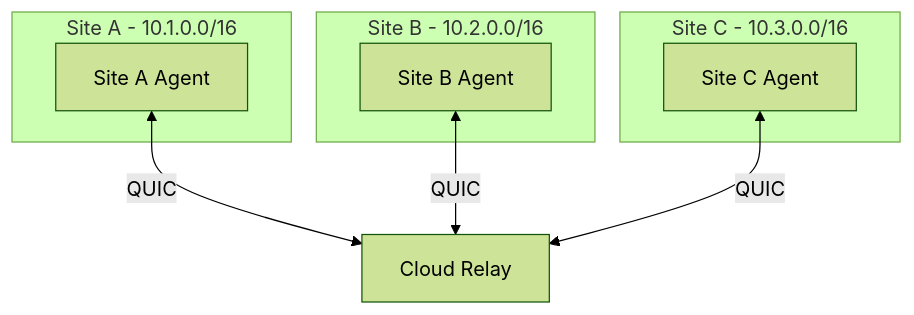
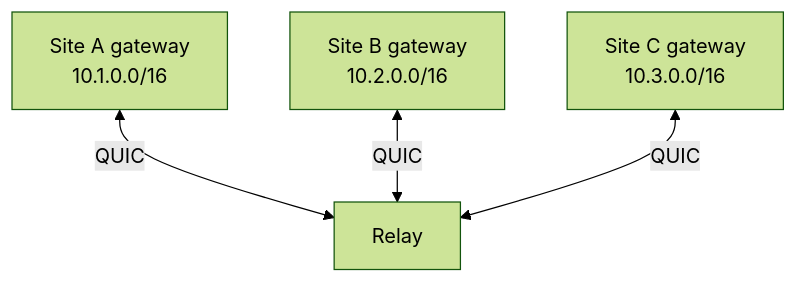
The second of 4 diagrams in docs/docs/deployment/scenarios.md (Muti-Metroo/Muti-Metroo), drawn with Mermaid (forest theme) before and after one commit. The commit also changed other lines of this file and 156 other files, not shown here.

````diff
--- a/docs/docs/deployment/scenarios.md
+++ b/docs/docs/deployment/scenarios.md
@@ -128,20 +119,6 @@
 ```mermaid
 flowchart TB
-    subgraph SiteA[Site A - 10.1.0.0/16]
-        A[Site A Agent]
-    end
-
-    subgraph SiteB[Site B - 10.2.0.0/16]
-        B[Site B Agent]
-    end
-
-    subgraph SiteC[Site C - 10.3.0.0/16]
-        C[Site C Agent]
-    end
-
-    Cloud[Cloud Relay]
-
-    A <-->|QUIC| Cloud
-    B <-->|QUIC| Cloud
-    C <-->|QUIC| Cloud
+    A["Site A gateway<br/>10.1.0.0/16"] <-->|QUIC| R[Relay]
+    B["Site B gateway<br/>10.2.0.0/16"] <-->|QUIC| R
+    C["Site C gateway<br/>10.3.0.0/16"] <-->|QUIC| R
 ```
````
